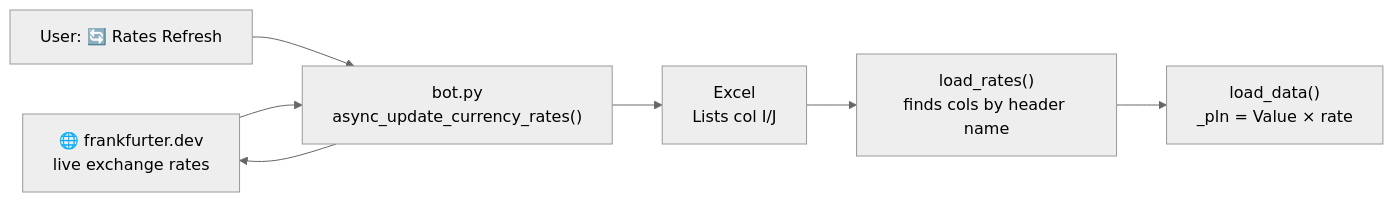
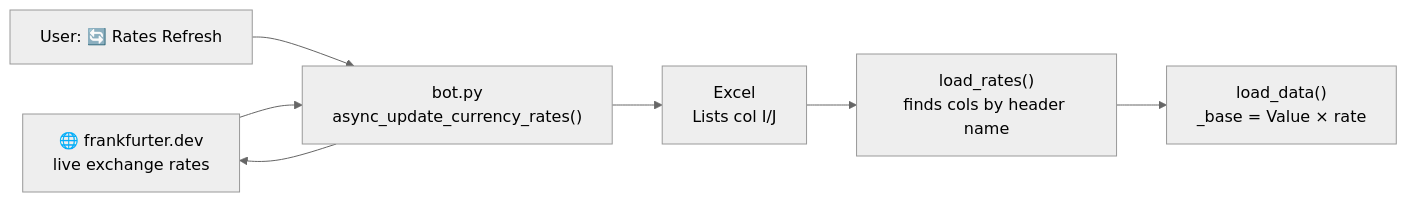
One commit to TeymurovFuad/family-budget-bot changed the seventh of 10 diagrams in docs/architecture.md. Above: the diagram before and after it, drawn with Mermaid (neutral theme). The commit also changed other lines of this file and 32 other files, not shown here.

````diff
--- a/docs/architecture.md
+++ b/docs/architecture.md
@@ -190,16 +190,16 @@
 ```mermaid
 flowchart LR
     EXT["🌐 frankfurter.dev\nlive exchange rates"]
     CMD["User: 🔄 Rates Refresh"]
     BOT["bot.py\nasync_update_currency_rates()"]
     EXCEL_LI["Excel\nLists col I/J"]
     LOAD["load_rates()\nfinds cols by header name"]
-    COMPUTE["load_data()\n_pln = Value × rate"]
+    COMPUTE["load_data()\n_base = Value × rate"]
 
     CMD --> BOT
     BOT --> EXT
     EXT --> BOT
     BOT --> EXCEL_LI
     EXCEL_LI --> LOAD
     LOAD --> COMPUTE
 ```
````
